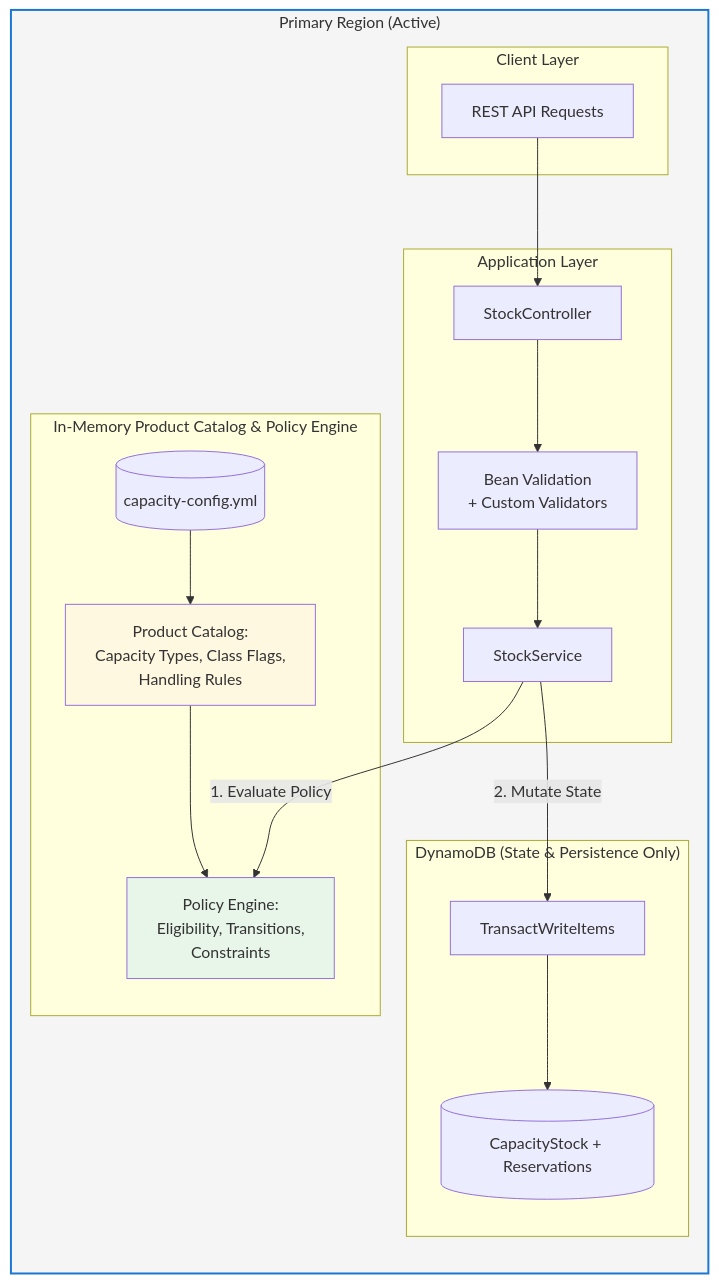
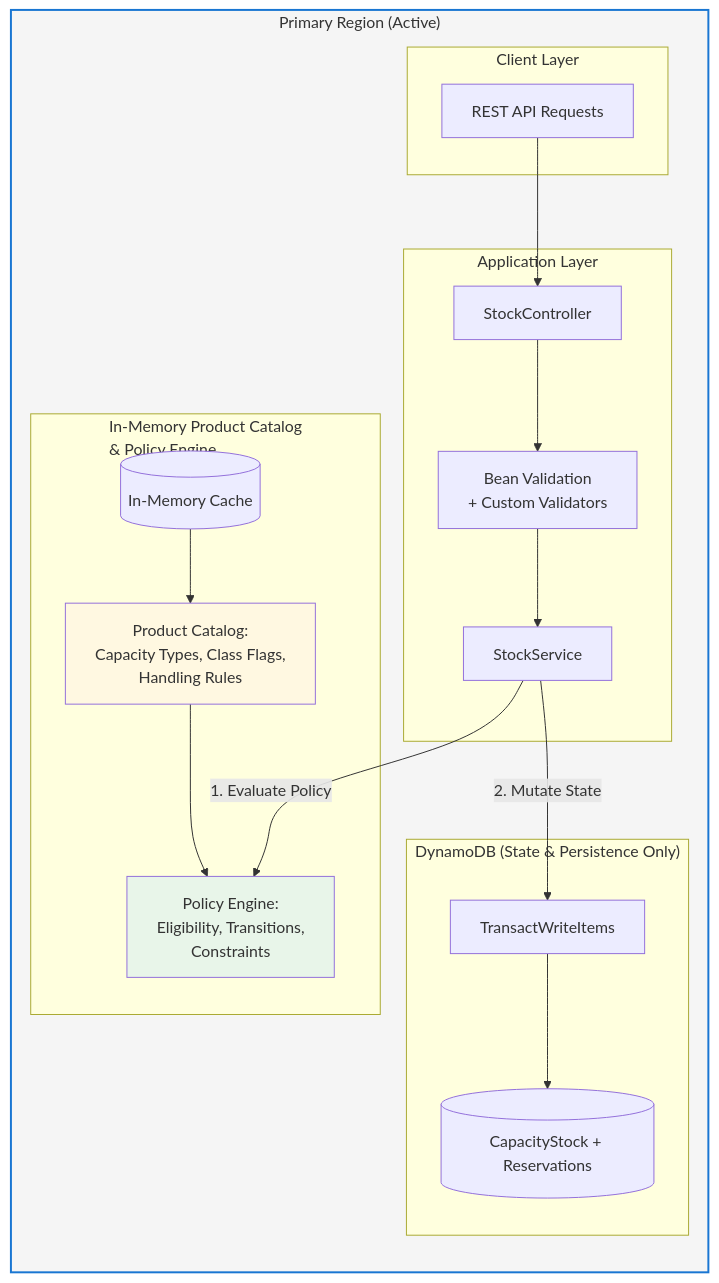
Before and after one commit to sethu-rs/stockkeeper: the first of 6 diagrams in docs/api-flow-diagrams.md, drawn with Mermaid.

Commit message:
aws architecture added

````diff
--- a/docs/api-flow-diagrams.md
+++ b/docs/api-flow-diagrams.md
@@ -37,38 +37,38 @@
 ```mermaid
 flowchart TB
     subgraph Region["Primary Region (Active)"]
     direction TB
 
     subgraph Client["Client Layer"]
         API[REST API Requests]
     end
 
     subgraph App["Application Layer"]
         Controller[StockController]
         Validator["Bean Validation<br/>+ Custom Validators"]
         Service[StockService]
     end
 
-    subgraph InMemory["In-Memory Product Catalog & Policy Engine"]
+    subgraph InMemory["In-Memory Product Catalog <br/> & Policy Engine"]
     
-        ConfigFile[("capacity-config.yml")]
+        ConfigFile[("In-Memory Cache")]
         ProductCatalog["Product Catalog:<br/>Capacity Types, Class Flags,<br/>Handling Rules"]
         PolicyEngine["Policy Engine:<br/>Eligibility, Transitions,<br/>Constraints"]
         ConfigFile --> ProductCatalog --> PolicyEngine
     end
 
     subgraph DynamoDB["DynamoDB (State & Persistence Only)"]
         Tables[("CapacityStock + Reservations")]
         Transaction["TransactWriteItems"]
     end
 
     API --> Controller --> Validator --> Service
     Service -->|"1. Evaluate Policy"| PolicyEngine
     Service -->|"2. Mutate State"| Transaction --> Tables
 
     end
 
     style PolicyEngine fill:#e8f5e9
     style ProductCatalog fill:#fff8e1
     style Region fill:#f5f5f5,stroke:#1976d2,stroke-width:2px
 ```
````
